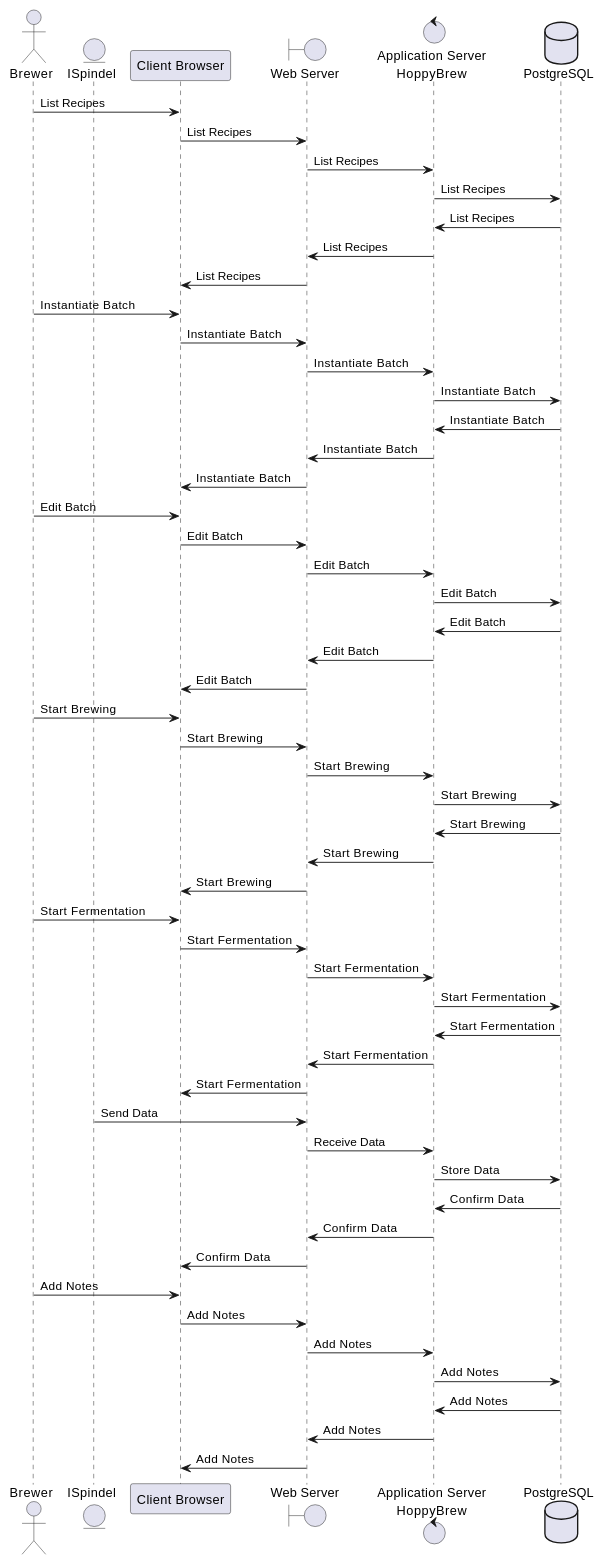
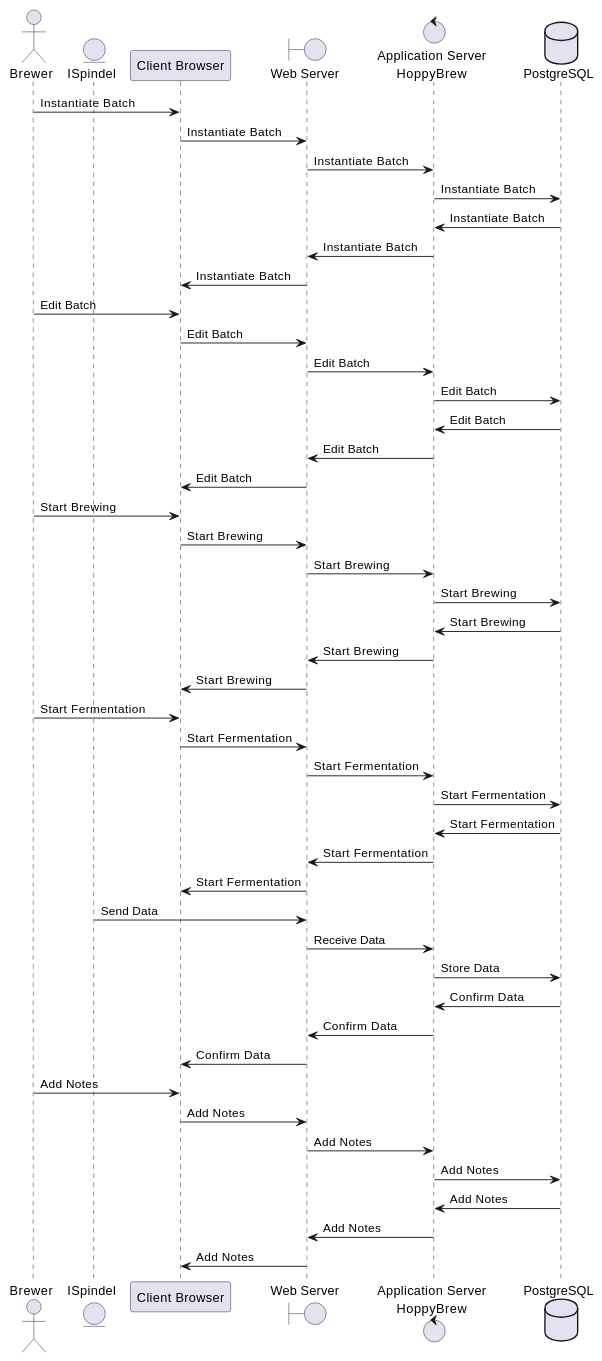
Before and after one commit to asbor/iu-project-software-engineering: the seventh of 7 diagrams in documents/01-Conception-Phase/00-HoppyBrew.md, drawn with PlantUML. The commit also changed 3 other files, not shown here.

```diff
--- a/documents/01-Conception-Phase/00-HoppyBrew.md
+++ b/documents/01-Conception-Phase/00-HoppyBrew.md
@@ -787,65 +787,57 @@
 @startuml 07-Runtime-View-CRUD-Batch
 
 actor Brewer as Brewer
 entity "ISpindel" as ISpindel
 participant "Client Browser" as ClientBrowser
 boundary WebServer as "Web Server"
 control AppServer as "Application Server\nHoppyBrew"
 database "PostgreSQL" as PostgreSQL
-
-Brewer -> ClientBrowser : List Recipes
-ClientBrowser -> WebServer : List Recipes
-WebServer -> AppServer : List Recipes
-AppServer -> PostgreSQL : List Recipes
-PostgreSQL -> AppServer : List Recipes
-AppServer -> WebServer : List Recipes
-WebServer -> ClientBrowser : List Recipes
 
 Brewer -> ClientBrowser : Instantiate Batch
 ClientBrowser -> WebServer : Instantiate Batch
 WebServer -> AppServer : Instantiate Batch
 AppServer -> PostgreSQL : Instantiate Batch
 PostgreSQL -> AppServer : Instantiate Batch
 AppServer -> WebServer : Instantiate Batch
 WebServer -> ClientBrowser : Instantiate Batch
 
 Brewer -> ClientBrowser : Edit Batch
 ClientBrowser -> WebServer : Edit Batch
 WebServer -> AppServer : Edit Batch
 AppServer -> PostgreSQL : Edit Batch
 PostgreSQL -> AppServer : Edit Batch
 AppServer -> WebServer : Edit Batch
 WebServer -> ClientBrowser : Edit Batch
 
 Brewer -> ClientBrowser : Start Brewing
 ClientBrowser -> WebServer : Start Brewing
 WebServer -> AppServer : Start Brewing
 AppServer -> PostgreSQL : Start Brewing
 PostgreSQL -> AppServer : Start Brewing
 AppServer -> WebServer : Start Brewing
 WebServer -> ClientBrowser : Start Brewing
 
 Brewer -> ClientBrowser : Start Fermentation
 ClientBrowser -> WebServer : Start Fermentation
 WebServer -> AppServer : Start Fermentation
 AppServer -> PostgreSQL : Start Fermentation
 PostgreSQL -> AppServer : Start Fermentation
 AppServer -> WebServer : Start Fermentation
 WebServer -> ClientBrowser : Start Fermentation
 ISpindel -> WebServer : Send Data
 WebServer -> AppServer : Receive Data
 AppServer -> PostgreSQL : Store Data
 PostgreSQL -> AppServer : Confirm Data
 AppServer -> WebServer : Confirm Data
 WebServer -> ClientBrowser : Confirm Data
 
 Brewer -> ClientBrowser : Add Notes
 ClientBrowser -> WebServer : Add Notes
 WebServer -> AppServer : Add Notes
 AppServer -> PostgreSQL : Add Notes
 PostgreSQL -> AppServer : Add Notes
 AppServer -> WebServer : Add Notes
 WebServer -> ClientBrowser : Add Notes
 
 
 @enduml
```
